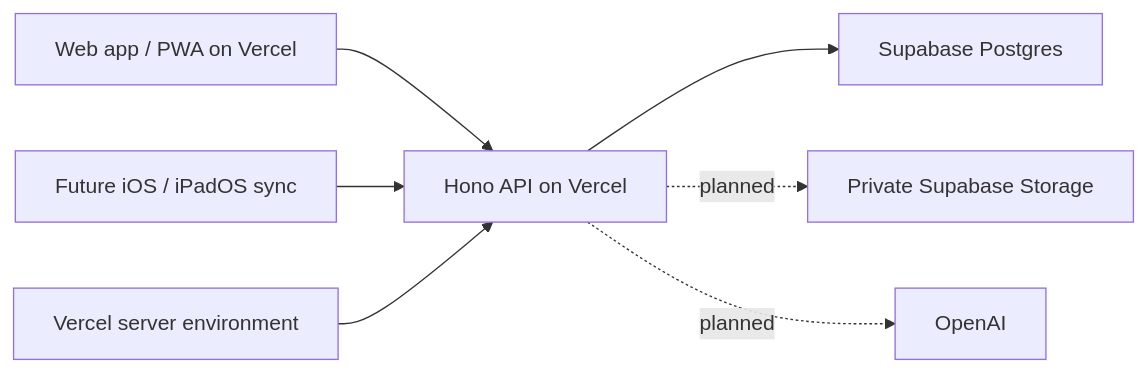
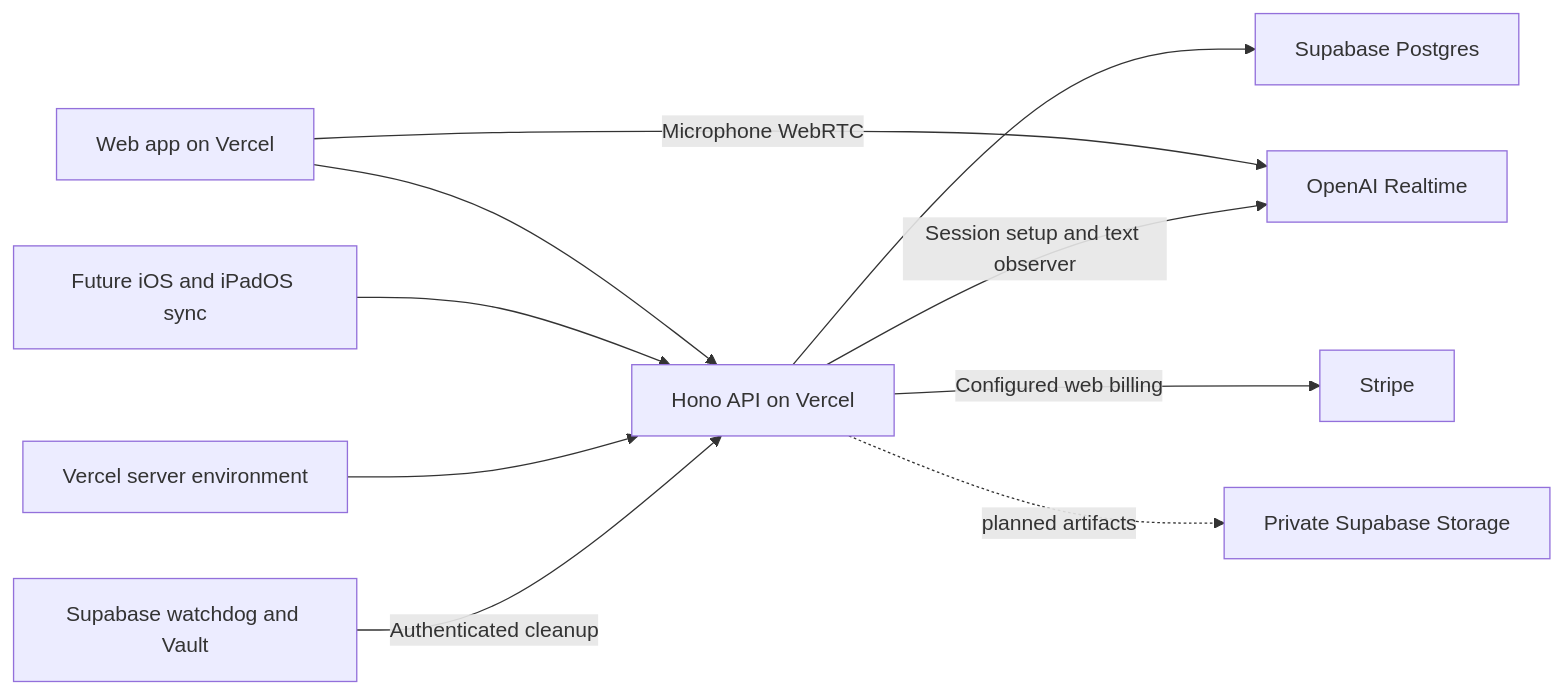
The diagram in docs/hosting-secrets.md (ThinkHale/Sideleaf), drawn with Mermaid before and after one commit. The commit also changed other lines of this file and 47 other files, not shown here.

````diff
--- a/docs/hosting-secrets.md
+++ b/docs/hosting-secrets.md
@@ -9,9 +9,12 @@
 ```mermaid
 flowchart LR
-  Web[Web app / PWA on Vercel] --> API[Hono API on Vercel]
-  Native[Future iOS / iPadOS sync] --> API
+  Web[Web app on Vercel] --> API[Hono API on Vercel]
+  Native[Future iOS and iPadOS sync] --> API
   Secrets[Vercel server environment] --> API
   API --> DB[Supabase Postgres]
-  API -. planned .-> Files[Private Supabase Storage]
-  API -. planned .-> AI[OpenAI]
+  Web -->|Microphone WebRTC| AI[OpenAI Realtime]
+  API -->|Session setup and text observer| AI
+  API -->|Configured web billing| Stripe[Stripe]
+  Cron[Supabase watchdog and Vault] -->|Authenticated cleanup| API
+  API -. planned artifacts .-> Files[Private Supabase Storage]
 ```
````
